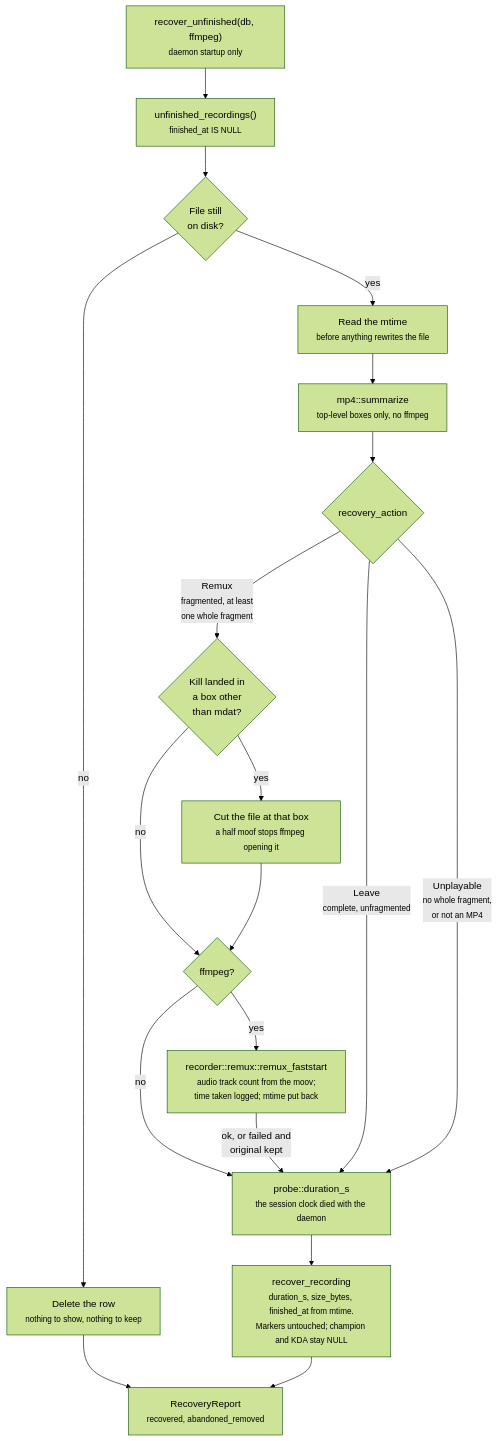
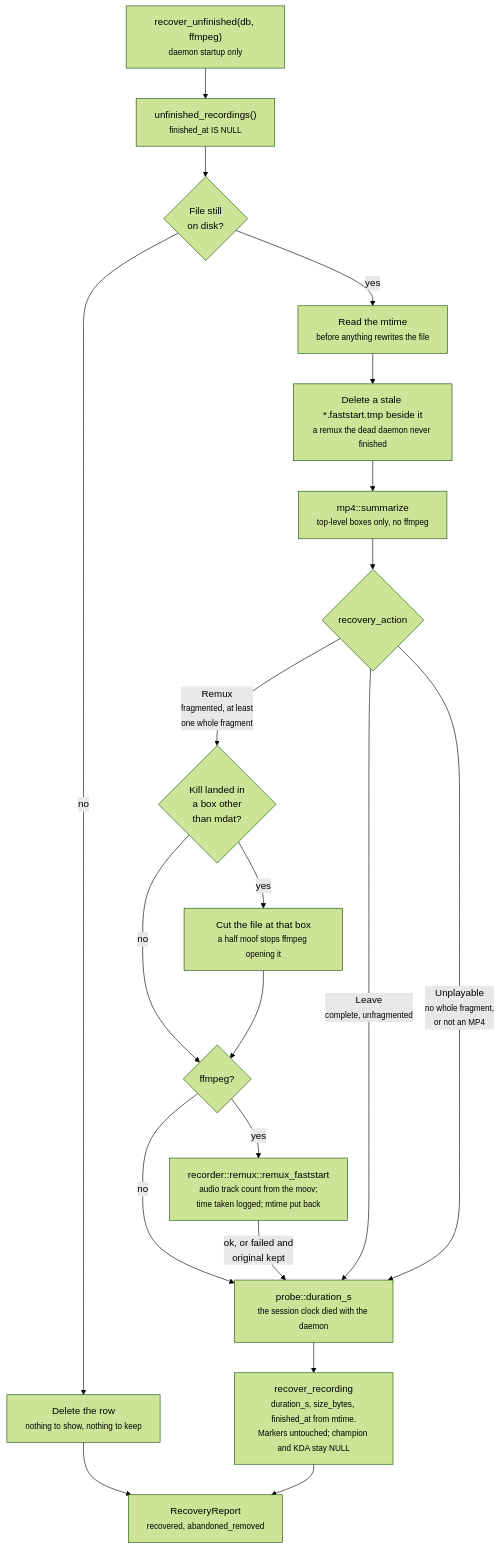
One commit to NinjaGoldfinch/ninja-recorder changed the third of 5 diagrams in docs/data-model.md. Above: the diagram before and after it, drawn with Mermaid (forest theme). The commit also changed other lines of this file and 2 other files, not shown here.

Commit message:
fix(recovery): keep the remux's temp file out of the library
The faststart remux wrote to `<stem>.faststart.tmp.mp4`, and reconcile imports
any `.mp4` in the folder, so a crash mid-remux left a half-written copy to be
imported as an unknown recording. Startup recovery now remuxes too, which made
that more reachable.

The temp file is now `<stem>.faststart.tmp`, with `-f mp4` passed explicitly
because ffmpeg can no longer infer the format from the name. The import filter
also refuses the old `.faststart.tmp.mp4` name, which shipped builds may have
left behind, and startup recovery deletes a stale temp file beside each
recording it finishes.

Refs #233

````diff
--- a/docs/data-model.md
+++ b/docs/data-model.md
@@ -521,22 +521,23 @@
 ```mermaid
 flowchart TB
     START["recover_unfinished(db, ffmpeg)<br/><small>daemon startup only</small>"] --> OPEN["unfinished_recordings()<br/><small>finished_at IS NULL</small>"]
     OPEN --> C0{"File still<br/>on disk?"}
     C0 -->|"no"| DROP0["Delete the row<br/><small>nothing to show, nothing to keep</small>"]
     C0 -->|"yes"| MTIME["Read the mtime<br/><small>before anything rewrites the file</small>"]
-    MTIME --> READ["mp4::summarize<br/><small>top-level boxes only, no ffmpeg</small>"]
+    MTIME --> STALE["Delete a stale *.faststart.tmp beside it<br/><small>a remux the dead daemon never finished</small>"]
+    STALE --> READ["mp4::summarize<br/><small>top-level boxes only, no ffmpeg</small>"]
     READ --> ACT{"recovery_action"}
     ACT -->|"Remux<br/><small>fragmented, at least<br/>one whole fragment</small>"| CUT{"Kill landed in<br/>a box other<br/>than mdat?"}
     CUT -->|"yes"| TRUNC["Cut the file at that box<br/><small>a half moof stops ffmpeg opening it</small>"]
     CUT -->|"no"| FF{"ffmpeg?"}
     TRUNC --> FF
     FF -->|"yes"| REMUX["recorder::remux::remux_faststart<br/><small>audio track count from the moov;<br/>time taken logged; mtime put back</small>"]
     FF -->|"no"| PROBE0
     REMUX -->|"ok, or failed and<br/>original kept"| PROBE0
     ACT -->|"Leave<br/><small>complete, unfragmented</small>"| PROBE0
     ACT -->|"Unplayable<br/><small>no whole fragment,<br/>or not an MP4</small>"| PROBE0
     PROBE0["probe::duration_s<br/><small>the session clock died with the daemon</small>"]
     PROBE0 --> FIN["recover_recording<br/><small>duration_s, size_bytes, finished_at from mtime.<br/>Markers untouched; champion and KDA stay NULL</small>"]
     DROP0 --> REP0["RecoveryReport<br/><small>recovered, abandoned_removed</small>"]
     FIN --> REP0
 ```
````
